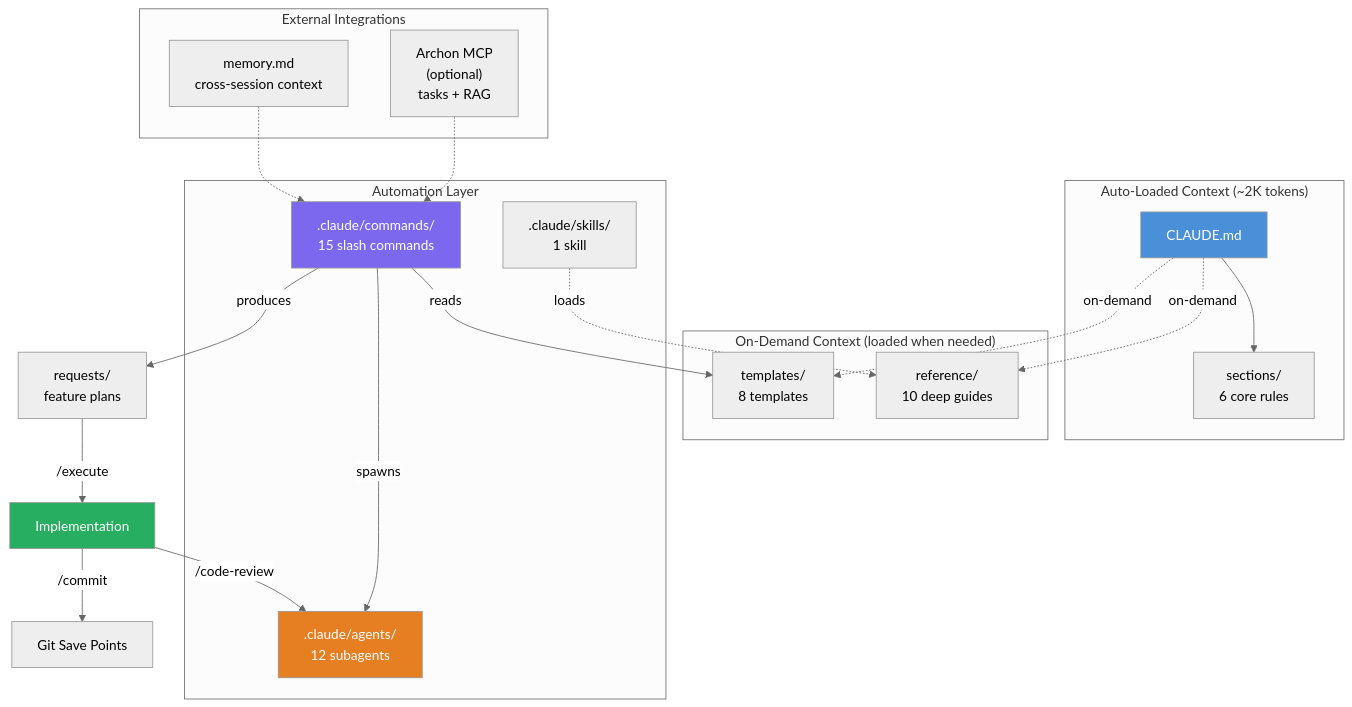
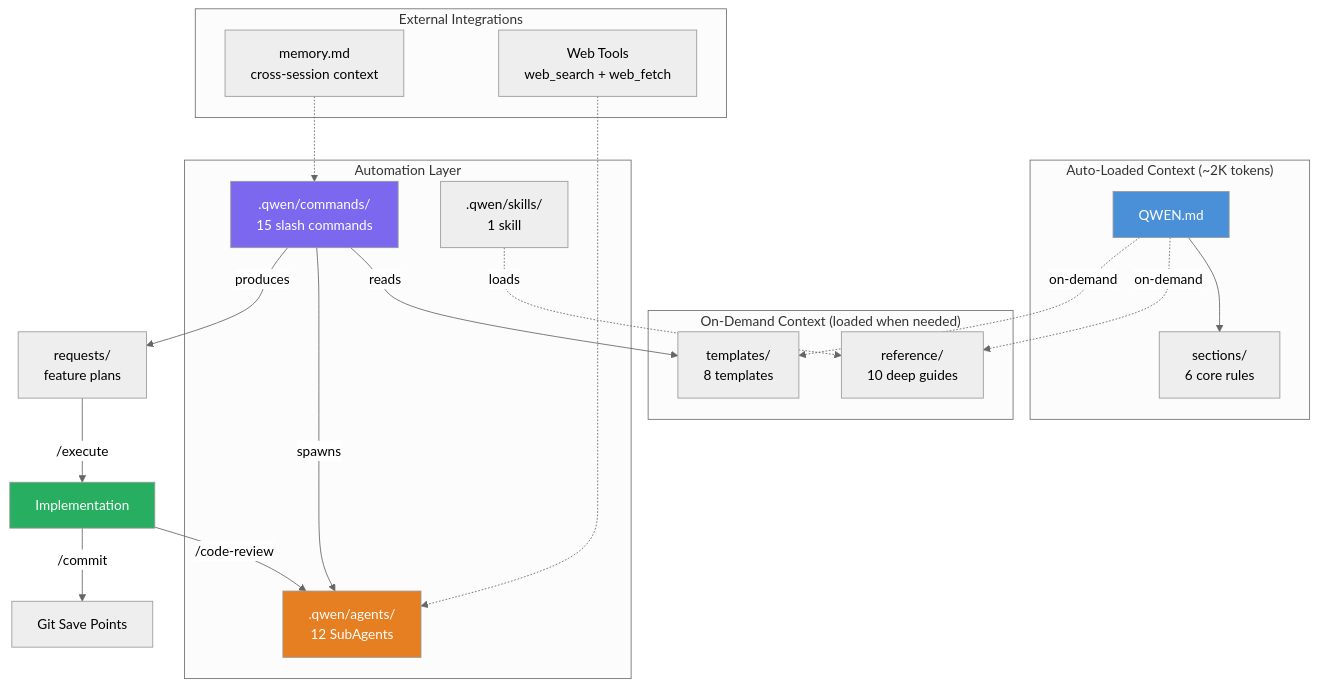
One commit to ryanjosebrosas/original-coding-system-claude changed the third of 11 diagrams in README.md. Above: the diagram before and after it, drawn with Mermaid (neutral theme). The commit also changed other lines of this file and 204 other files, not shown here.

First line of the commit message:
chore: migrate from Claude Code to Qwen Code with Swarm multi-agent system

````diff
--- a/README.md
+++ b/README.md
@@ -147,39 +231,39 @@
 ```mermaid
 graph TD
     subgraph "Auto-Loaded Context (~2K tokens)"
-        CLAUDE["CLAUDE.md"] --> S["sections/<br/>6 core rules"]
+        QWEN["QWEN.md"] --> S["sections/<br/>6 core rules"]
     end
 
     subgraph "On-Demand Context (loaded when needed)"
         R["reference/<br/>10 deep guides"]
         T["templates/<br/>8 templates"]
     end
 
     subgraph "Automation Layer"
-        CMD[".claude/commands/<br/>15 slash commands"]
-        AG[".claude/agents/<br/>12 subagents"]
-        SK[".claude/skills/<br/>1 skill"]
+        CMD[".qwen/commands/<br/>15 slash commands"]
+        AG[".qwen/agents/<br/>12 SubAgents"]
+        SK[".qwen/skills/<br/>1 skill"]
     end
 
     subgraph "External Integrations"
         MEM["memory.md<br/>cross-session context"]
-        ARCHON["Archon MCP<br/>(optional)<br/>tasks + RAG"]
+        WEB["Web Tools<br/>web_search + web_fetch"]
     end
 
-    CLAUDE -.->|"on-demand"| R
-    CLAUDE -.->|"on-demand"| T
+    QWEN -.->|"on-demand"| R
+    QWEN -.->|"on-demand"| T
     CMD -->|"reads"| T
     CMD -->|"spawns"| AG
     SK -.->|"loads"| R
     MEM -.-> CMD
-    ARCHON -.-> CMD
+    WEB -.-> AG
     CMD -->|"produces"| REQ["requests/<br/>feature plans"]
     REQ -->|"/execute"| IMPL["Implementation"]
     IMPL -->|"/code-review"| AG
     IMPL -->|"/commit"| GIT["Git Save Points"]
 
-    style CLAUDE fill:#4a90d9,color:#fff
+    style QWEN fill:#4a90d9,color:#fff
     style CMD fill:#7b68ee,color:#fff
     style AG fill:#e67e22,color:#fff
     style IMPL fill:#27ae60,color:#fff
 ```
````
